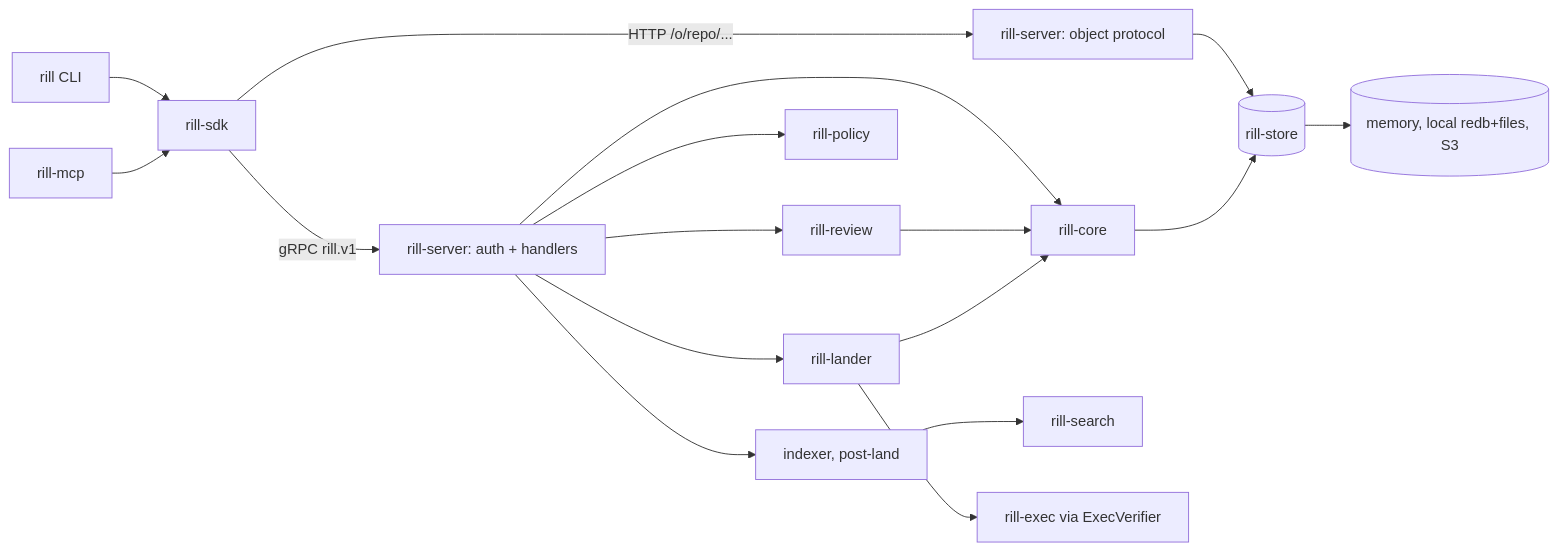
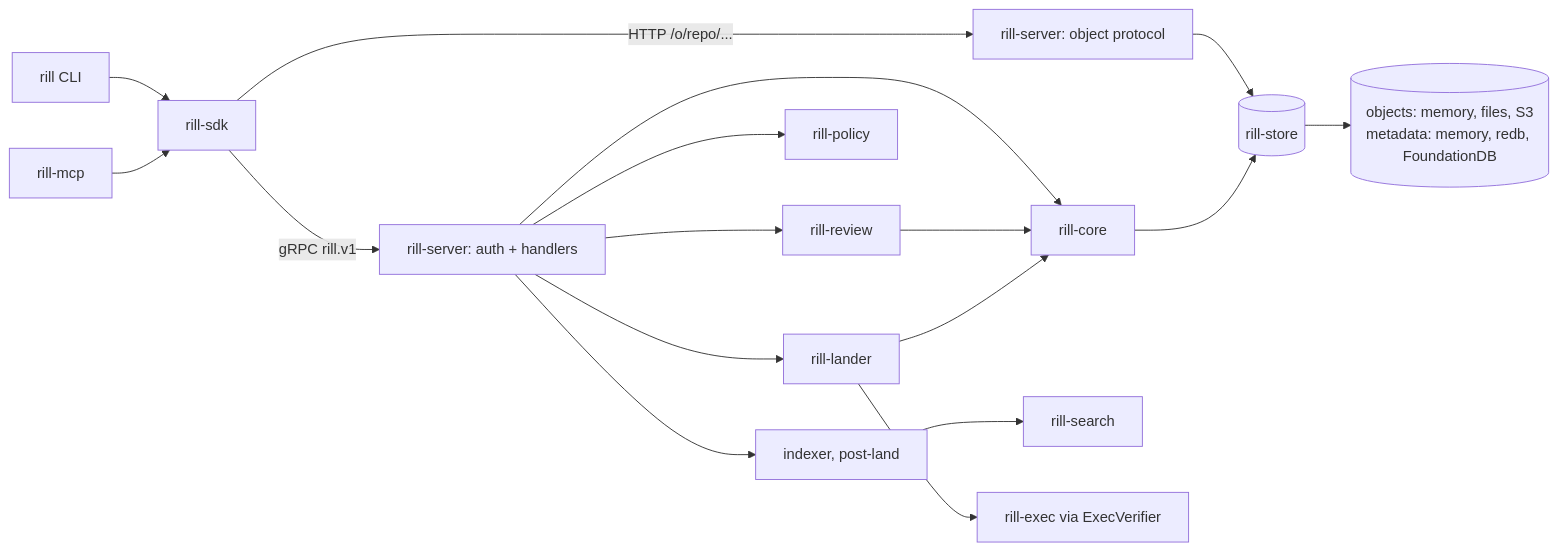
The second of 3 diagrams in architecture/01-overview/system-model.md (envoy1084/rill), drawn with Mermaid before and after one commit. The commit also changed other lines of this file and 26 other files, not shown here.

First line of the commit message:
docs: describe the keyspace layer, metadata engines and FoundationDB

````diff
--- a/architecture/01-overview/system-model.md
+++ b/architecture/01-overview/system-model.md
@@ -36,19 +36,19 @@
 ```mermaid
 flowchart LR
   CLI[rill CLI] --> SDK[rill-sdk]
   MCP[rill-mcp] --> SDK
   SDK -->|gRPC rill.v1| GRPC[rill-server: auth + handlers]
   SDK -->|HTTP /o/repo/...| OBJ[rill-server: object protocol]
   GRPC --> Review[rill-review]
   GRPC --> Lander[rill-lander]
   GRPC --> Policy[rill-policy]
   GRPC --> Core[rill-core]
   GRPC --> Workers[indexer, post-land]
   Workers --> Search[rill-search]
   Lander --> Exec[rill-exec via ExecVerifier]
   Review --> Core
   Lander --> Core
   OBJ --> Store
   Core --> Store[(rill-store)]
-  Store --> Backend[(memory, local redb+files, S3)]
+  Store --> Backend[(objects: memory, files, S3<br/>metadata: memory, redb, FoundationDB)]
 ```
````
